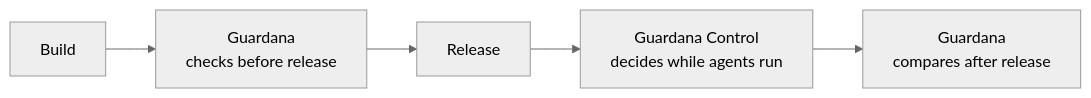
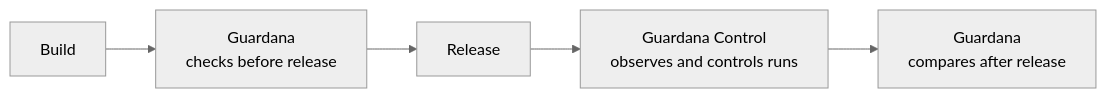
One commit to RBKunnela/control changed the third of 3 diagrams in README.md. Above: the diagram before and after it, drawn with Mermaid (neutral theme). The commit also changed other lines of this file and 126 other files, not shown here.

````diff
--- a/README.md
+++ b/README.md
@@ -174,9 +177,9 @@
 ```mermaid
 flowchart LR
     accTitle: Where Guardana and Guardana Control sit in a system's life
-    accDescr: Guardana checks a build before its release. While the released agents run, Guardana Control decides their calls. After the release, Guardana compares what changed.
+    accDescr: Guardana checks a build before its release. While the released agents run, Guardana Control observes their runs and decides connected calls. After the release, Guardana compares what changed.
     B[Build] --> G1["Guardana<br/>checks before release"]
     G1 --> R[Release]
-    R --> C["Guardana Control<br/>decides while agents run"]
+    R --> C["Guardana Control<br/>observes and controls runs"]
     C --> G2["Guardana<br/>compares after release"]
 ```
````
